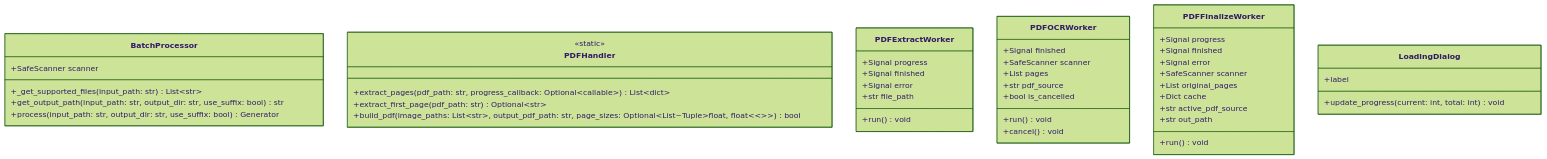
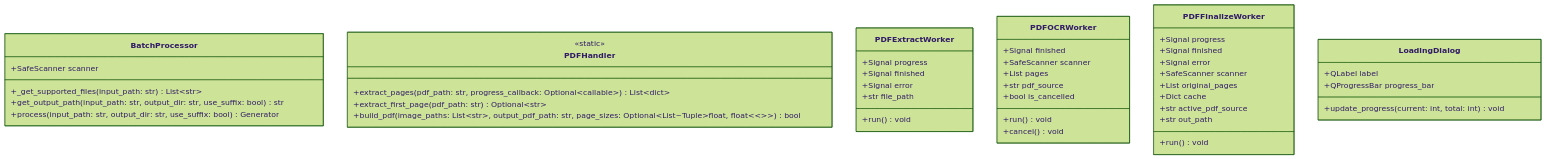
Before and after one commit to FurqanHun/SafeMARC: the second of 3 diagrams in docs/architecture/uml_classes.md, drawn with Mermaid (forest theme). The commit also changed other lines of this file and 2 other files, not shown here.

Commit message:
docs: sync architecture and feature docs with logging refactor
Added dynamic log management sequence diagram to workflows.md. Updated features.md to detail dynamic logging and removed outdated TeeStream references. Conducted a strict 30-class manual audit of uml_classes.md, cleanly adding _update_logging_preferences, status_label, and progress_bar without polluting the diagram with UI noise.

````diff
--- a/docs/architecture/uml_classes.md
+++ b/docs/architecture/uml_classes.md
@@ -126,53 +126,54 @@
 ```mermaid
 classDiagram
     direction TB
 
     class BatchProcessor {
         +SafeScanner scanner
         +_get_supported_files(input_path: str) List~str~
         +get_output_path(input_path: str, output_dir: str, use_suffix: bool) str
         +process(input_path: str, output_dir: str, use_suffix: bool) Generator
     }
 
     class PDFHandler {
         <<static>>
         +extract_pages(pdf_path: str, progress_callback: Optional~callable~) List~dict~
         +extract_first_page(pdf_path: str) Optional~str~
         +build_pdf(image_paths: List~str~, output_pdf_path: str, page_sizes: Optional~List~Tuple~float, float~~~~) bool
     }
 
     class PDFExtractWorker {
         +Signal progress
         +Signal finished
         +Signal error
         +str file_path
         +run() void
     }
 
         class PDFOCRWorker {
         +Signal finished
         +SafeScanner scanner
         +List pages
         +str pdf_source
         +bool is_cancelled
         +run() void
         +cancel() void
     }
 
     class PDFFinalizeWorker {
         +Signal progress
         +Signal finished
         +Signal error
         +SafeScanner scanner
         +List original_pages
         +Dict cache
         +str active_pdf_source
         +str out_path
         +run() void
     }
 
     class LoadingDialog {
         +update_progress(current: int, total: int) void
-        +label
+        +QLabel label
+        +QProgressBar progress_bar
     }
 ```
````
